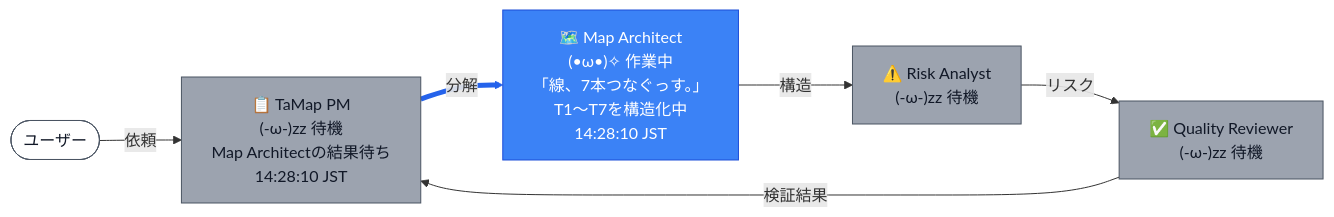
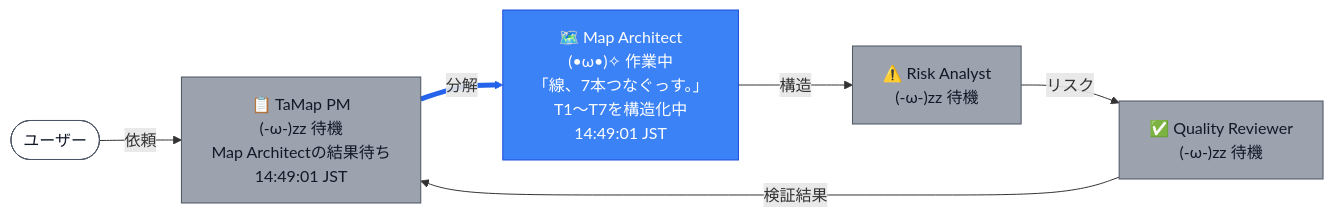
One commit to nekomario28/tamap changed the fifth of 12 diagrams in docs/sample_output.md. Above: the diagram before and after it, drawn with Mermaid. The commit also changed other lines of this file and 4 other files, not shown here.

````diff
--- a/docs/sample_output.md
+++ b/docs/sample_output.md
@@ -152,22 +152,22 @@
 ```mermaid
 flowchart LR
   U(["ユーザー"])
-  PM["📋 TaMap PM<br>(-ω-)zz 待機<br>Map Architectの結果待ち<br>14:28:10 JST"]
-  MA["🗺️ Map Architect<br>(•ω•)✧ 作業中<br>「線、7本つなぐっす。」<br>T1〜T7を構造化中<br>14:28:10 JST"]
+  PM["📋 TaMap PM<br>(-ω-)zz 待機<br>Map Architectの結果待ち<br>14:49:01 JST"]
+  MA["🗺️ Map Architect<br>(•ω•)✧ 作業中<br>「線、7本つなぐっす。」<br>T1〜T7を構造化中<br>14:49:01 JST"]
   RA["⚠️ Risk Analyst<br>(-ω-)zz 待機"]
   QR["✅ Quality Reviewer<br>(-ω-)zz 待機"]
   U -- 依頼 --> PM
   PM -- 分解 --> MA
   MA -- 構造 --> RA
   RA -- リスク --> QR
   QR -- 検証結果 --> PM
   classDef idle fill:#9ca3af,stroke:#4b5563,color:#111827
   classDef working fill:#3b82f6,stroke:#1d4ed8,color:#ffffff
   classDef done fill:#22c55e,stroke:#15803d,color:#ffffff
   classDef error fill:#ef4444,stroke:#991b1b,color:#ffffff
   classDef user fill:#ffffff,stroke:#4b5563,color:#111827
   class U user
   class PM,RA,QR idle
   class MA working
   linkStyle 1 stroke:#2563eb,stroke-width:5px
 ```
````
